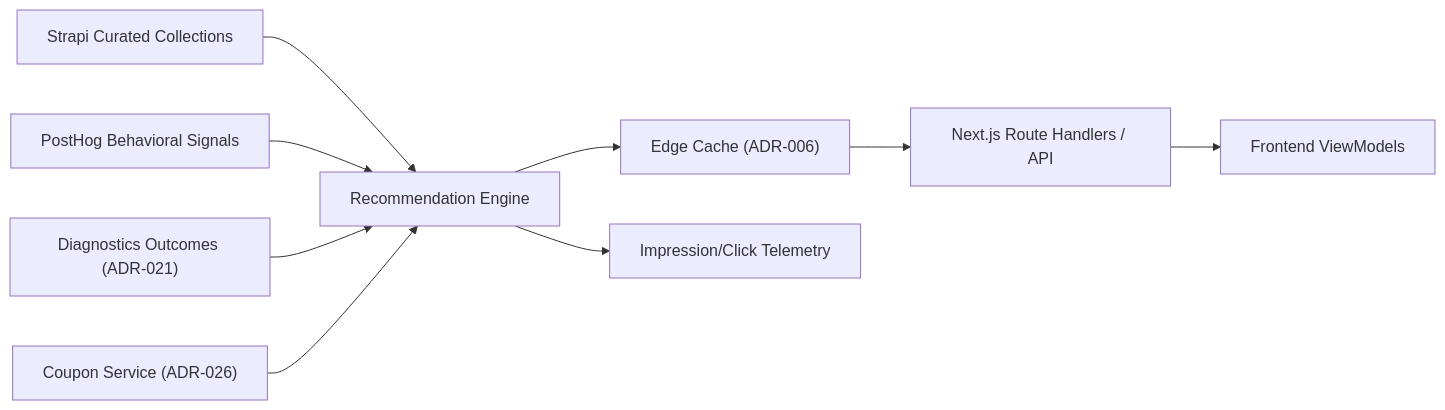
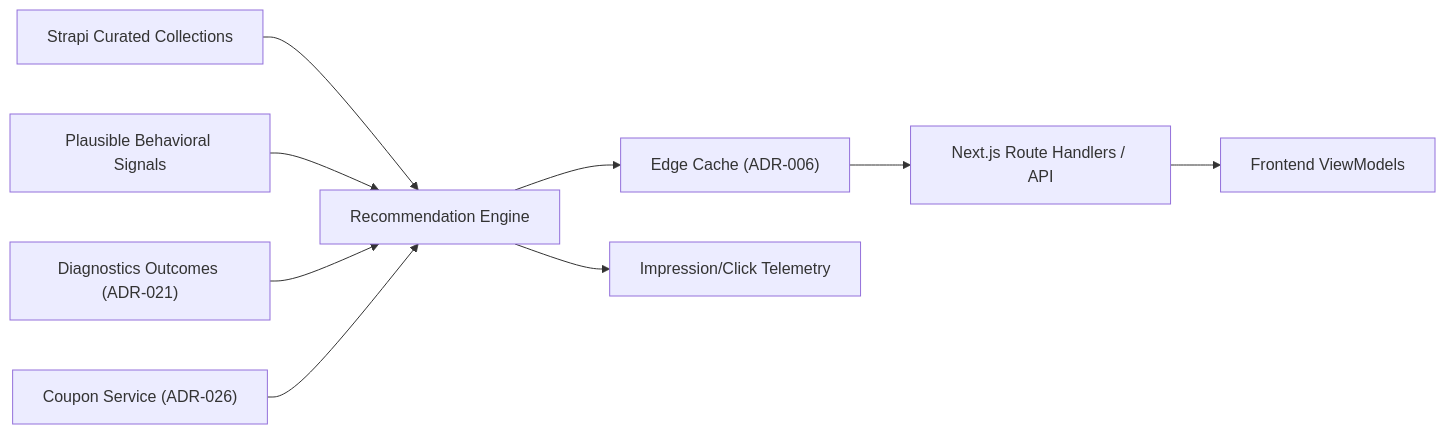
One commit to marcelkenner/clarivum changed the diagram in docs/diagrams/adr-025-recommendations-and-merchandising/architecture-overview.mmd. Above: the diagram before and after it, drawn with Mermaid. The commit also changed 64 other files, not shown here.

````diff
--- a/docs/diagrams/adr-025-recommendations-and-merchandising/architecture-overview.mmd
+++ b/docs/diagrams/adr-025-recommendations-and-merchandising/architecture-overview.mmd
@@ -1,11 +1,11 @@
 ```mermaid
 flowchart LR
     StrapiCollections["Strapi Curated Collections"] --> RecommendationEngine["Recommendation Engine"]
-    BehavioralSignals["PostHog Behavioral Signals"] --> RecommendationEngine
+    BehavioralSignals["Plausible Behavioral Signals"] --> RecommendationEngine
     DiagnosticsOutcomes["Diagnostics Outcomes (ADR-021)"] --> RecommendationEngine
     Coupons["Coupon Service (ADR-026)"] --> RecommendationEngine
     RecommendationEngine --> Cache["Edge Cache (ADR-006)"]
     Cache --> ApiEndpoints["Next.js Route Handlers / API"]
     ApiEndpoints --> ViewModels["Frontend ViewModels"]
     RecommendationEngine --> Telemetry["Impression/Click Telemetry"]
 ```
````
